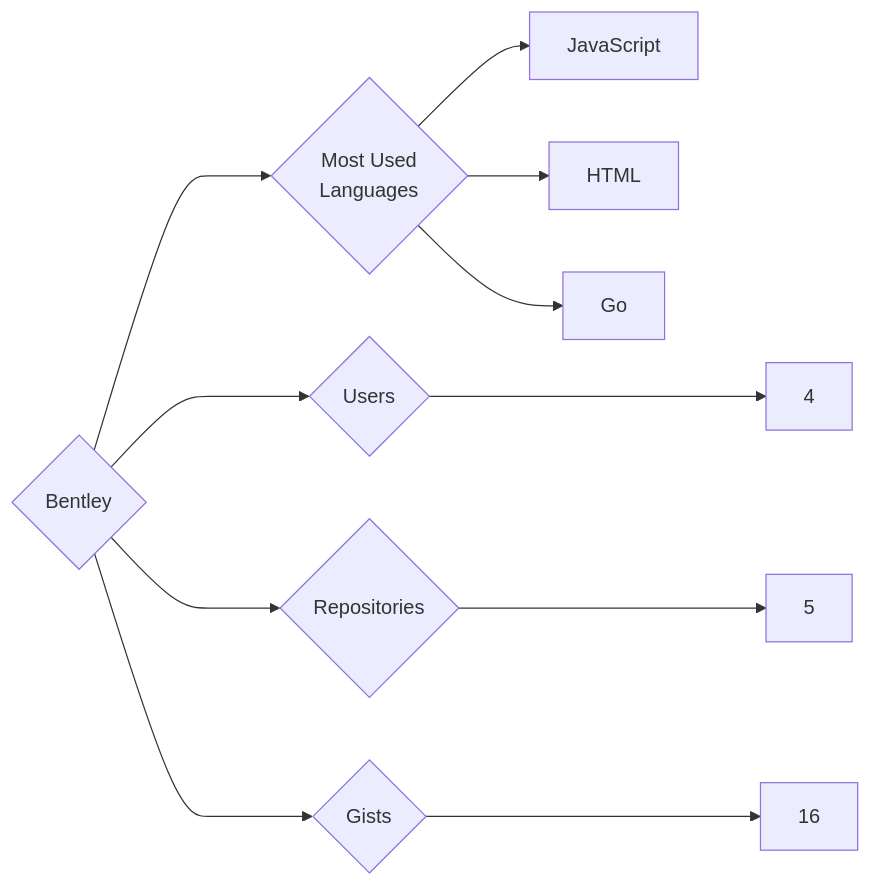
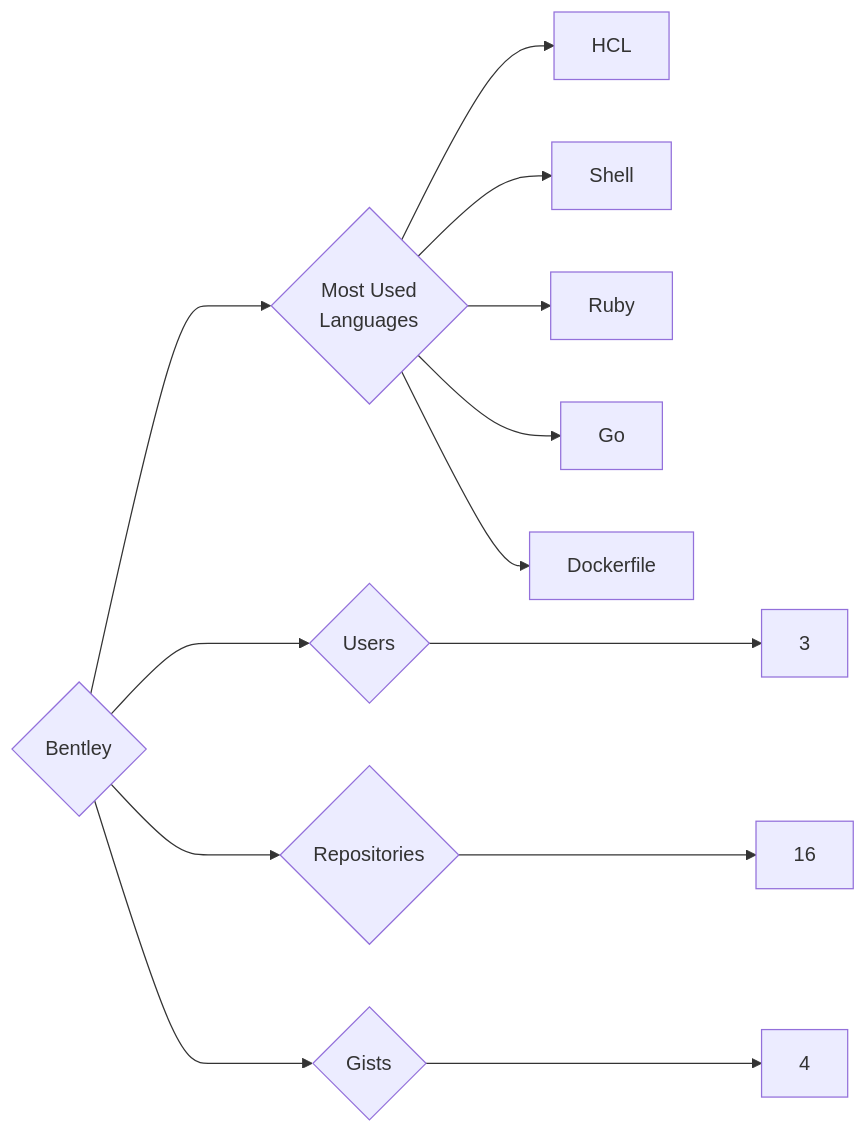
The diagram in targets/Bentley/README.md (trickest/insiders), drawn with Mermaid before and after one commit. The commit also changed 618 other files, not shown here.

````diff
--- a/targets/Bentley/README.md
+++ b/targets/Bentley/README.md
@@ -3,11 +3,13 @@
 ```mermaid
 graph LR
 COMPANY_NAME{Bentley}
-COMPANY_NAME ---> U{Users} ---> UN[4]
-COMPANY_NAME ---> R{Repositories} ---> RN[5]
-COMPANY_NAME ---> G{Gists} ---> GN[16]
+COMPANY_NAME ---> U{Users} ---> UN[3]
+COMPANY_NAME ---> R{Repositories} ---> RN[16]
+COMPANY_NAME ---> G{Gists} ---> GN[4]
 COMPANY_NAME ---> ML{Most Used<br>Languages}
-ML --> JavaScript[JavaScript]
-ML --> HTML[HTML]
+ML --> HCL[HCL]
+ML --> Shell[Shell]
+ML --> Ruby[Ruby]
 ML --> Go[Go]
+ML --> Dockerfile[Dockerfile]
 ```
````
